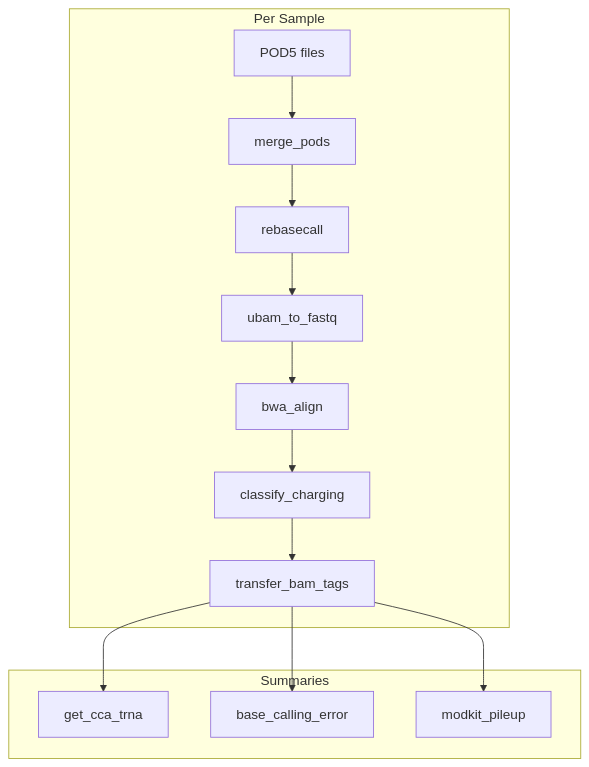
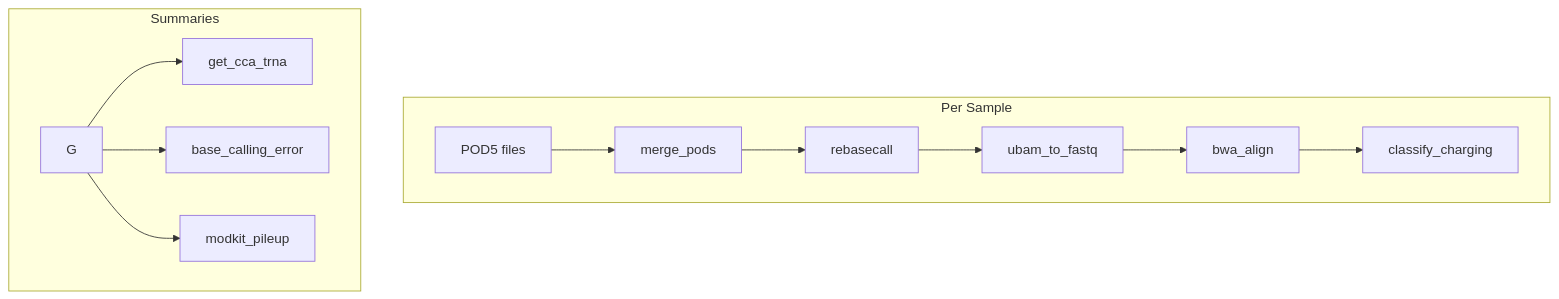
The third of 4 diagrams in docs/development/architecture.md (rnabioco/aa-tRNA-seq-pipeline), drawn with Mermaid before and after one commit. The commit also changed other lines of this file and 51 other files, not shown here.

````diff
--- a/docs/development/architecture.md
+++ b/docs/development/architecture.md
@@ -153,17 +153,16 @@
 ```mermaid
 flowchart TD
     subgraph Per Sample
         A[POD5 files] --> B[merge_pods]
         B --> C[rebasecall]
         C --> D[ubam_to_fastq]
         D --> E[bwa_align]
         E --> F[classify_charging]
-        F --> G[transfer_bam_tags]
     end
 
     subgraph Summaries
         G --> H[get_cca_trna]
         G --> I[base_calling_error]
         G --> J[modkit_pileup]
     end
 ```
````
